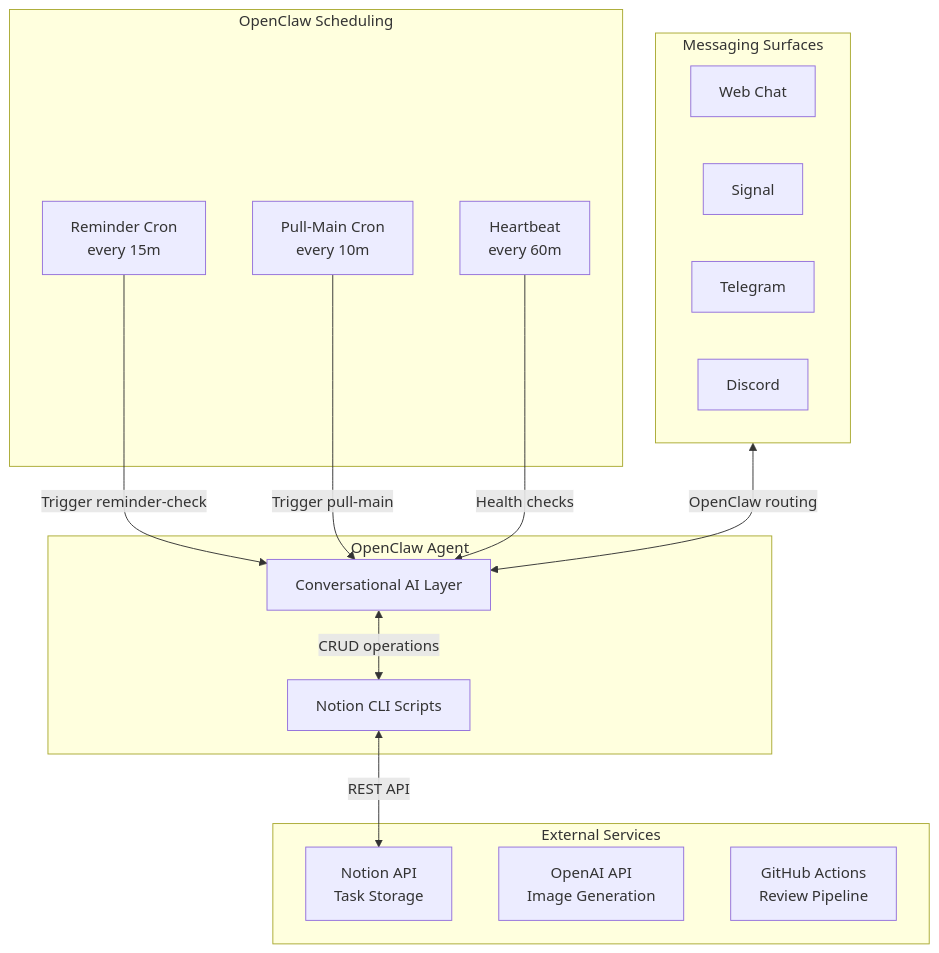
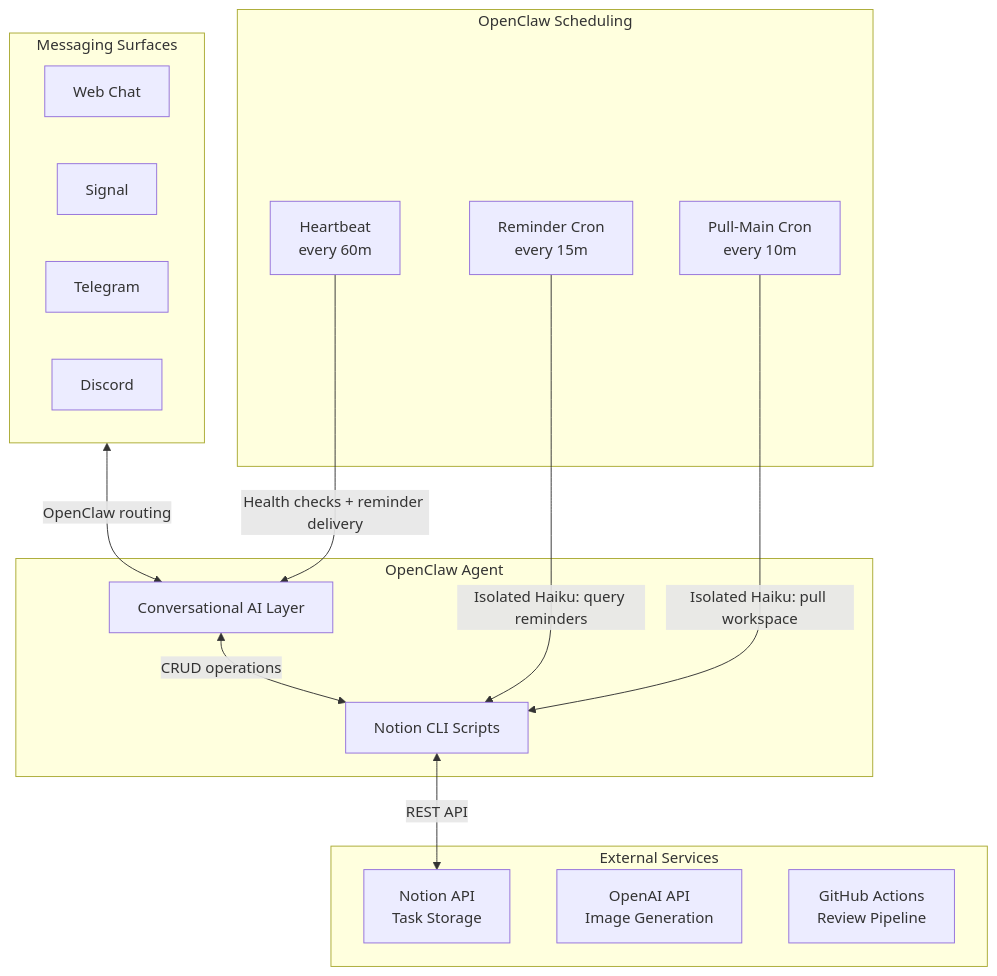
One commit to NickBorgersProbably/hide-my-list changed the first of 6 diagrams in docs/architecture.md. Above: the diagram before and after it, drawn with Mermaid. The commit also changed other lines of this file and 11 other files, not shown here.

First line of the commit message:
Move cron jobs to isolated Haiku, separate query from delivery

````diff
--- a/docs/architecture.md
+++ b/docs/architecture.md
@@ -14,33 +14,33 @@
 ```mermaid
 flowchart TB
     subgraph Agent["OpenClaw Agent"]
         AI[Conversational AI Layer]
         Scripts[Notion CLI Scripts]
     end
 
     subgraph Scheduling["OpenClaw Scheduling"]
         Heartbeat[Heartbeat<br/>every 60m]
         ReminderCron[Reminder Cron<br/>every 15m]
         PullMainCron[Pull-Main Cron<br/>every 10m]
     end
 
     subgraph Messaging["Messaging Surfaces"]
         Web[Web Chat]
         Signal[Signal]
         Telegram[Telegram]
         Discord[Discord]
     end
 
     subgraph External["External Services"]
         Notion[Notion API<br/>Task Storage]
         OpenAI[OpenAI API<br/>Image Generation]
         GitHub[GitHub Actions<br/>Review Pipeline]
     end
 
     Messaging <-->|OpenClaw routing| AI
     AI <-->|CRUD operations| Scripts
     Scripts <-->|REST API| Notion
-    ReminderCron -->|Trigger reminder-check| AI
-    PullMainCron -->|Trigger pull-main| AI
-    Heartbeat -->|Health checks| AI
+    ReminderCron -->|Isolated Haiku: query reminders| Scripts
+    PullMainCron -->|Isolated Haiku: pull workspace| Scripts
+    Heartbeat -->|Health checks + reminder delivery| AI
 ```
````
